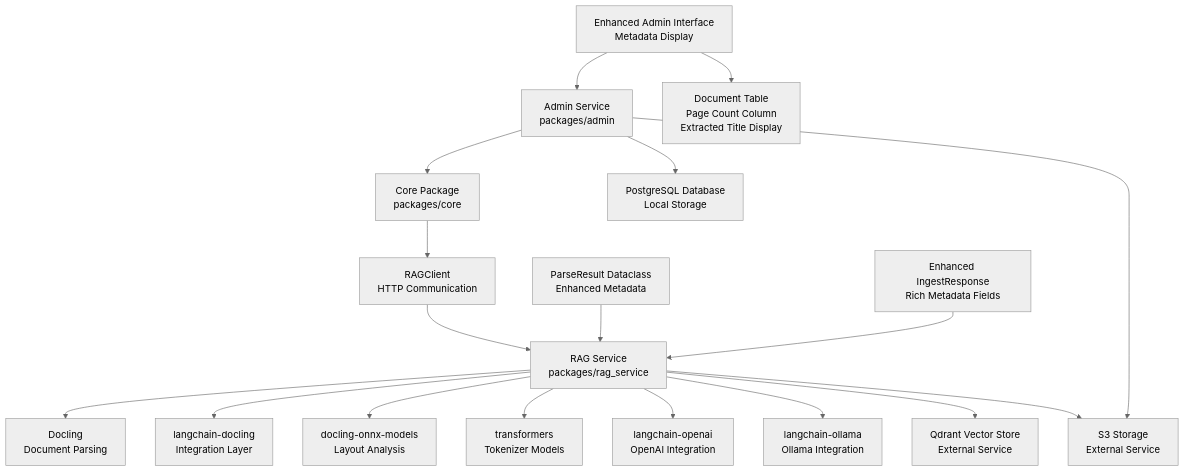
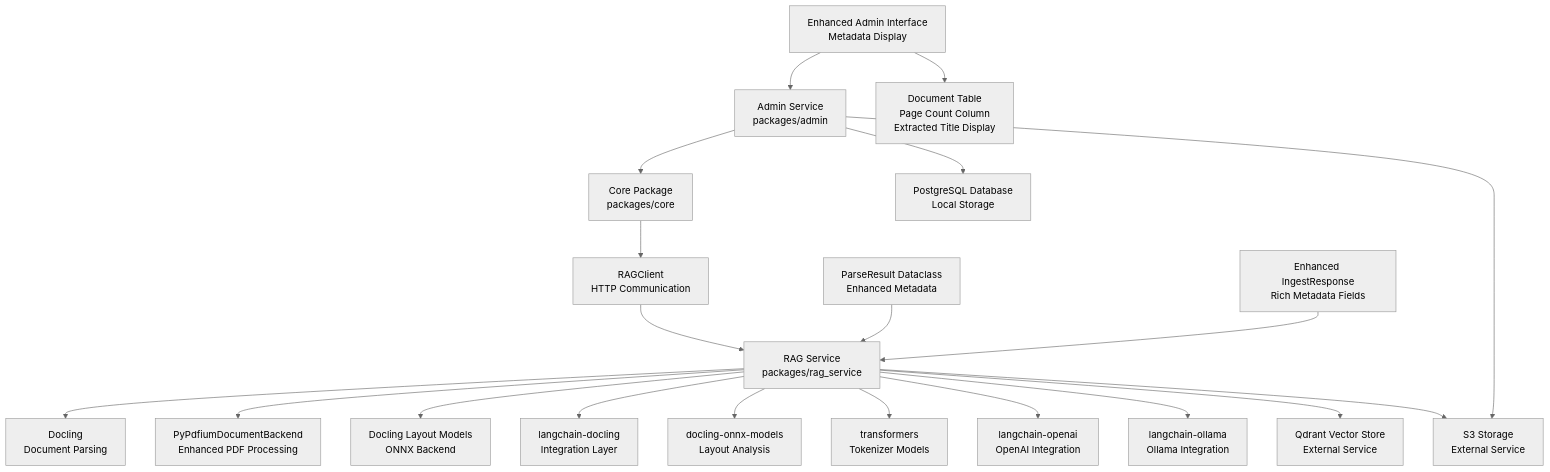
Diagram 14 of 14 in .qoder/repowiki/en/content/RAG Integration/RAG Parser Enhancement.md (ognelis/cafetera_hr_bot), drawn with Mermaid (neutral theme) before and after one commit. The commit also changed other lines of this file and 12 other files, not shown here.

````diff
--- a/.qoder/repowiki/en/content/RAG Integration/RAG Parser Enhancement.md
+++ b/.qoder/repowiki/en/content/RAG Integration/RAG Parser Enhancement.md
@@ -668,20 +671,22 @@
 ```mermaid
 graph TB
 RAG_SERVICE["RAG Service<br/>packages/rag_service"] --> DOCLING["Docling<br/>Document Parsing"]
+RAG_SERVICE --> PYPDFIUM["PyPdfiumDocumentBackend<br/>Enhanced PDF Processing"]
+RAG_SERVICE --> LAYOUT_MODELS["Docling Layout Models<br/>ONNX Backend"]
 RAG_SERVICE --> LANGCHAIN_DOCLING["langchain-docling<br/>Integration Layer"]
 RAG_SERVICE --> ONNX_MODELS["docling-onnx-models<br/>Layout Analysis"]
 RAG_SERVICE --> TRANSFORMERS["transformers<br/>Tokenizer Models"]
 RAG_SERVICE --> LANGCHAIN_OPENAI["langchain-openai<br/>OpenAI Integration"]
 RAG_SERVICE --> LANGCHAIN_OLLAMA["langchain-ollama<br/>Ollama Integration"]
 RAG_SERVICE --> QDRANT["Qdrant Vector Store<br/>External Service"]
 RAG_SERVICE --> S3["S3 Storage<br/>External Service"]
 ADMIN["Admin Service<br/>packages/admin"] --> CORE["Core Package<br/>packages/core"]
 CORE --> RAG_CLIENT["RAGClient<br/>HTTP Communication"]
 RAG_CLIENT --> RAG_SERVICE
 ADMIN --> DB["PostgreSQL Database<br/>Local Storage"]
 ADMIN --> S3
 PARSE_RESULT["ParseResult Dataclass<br/>Enhanced Metadata"] --> RAG_SERVICE
 INGEST_RESPONSE["Enhanced IngestResponse<br/>Rich Metadata Fields"] --> RAG_SERVICE
 ADMIN_INTERFACE["Enhanced Admin Interface<br/>Metadata Display"] --> ADMIN
 ADMIN_INTERFACE --> DOCUMENT_TABLE["Document Table<br/>Page Count Column<br/>Extracted Title Display"]
 ```
````
